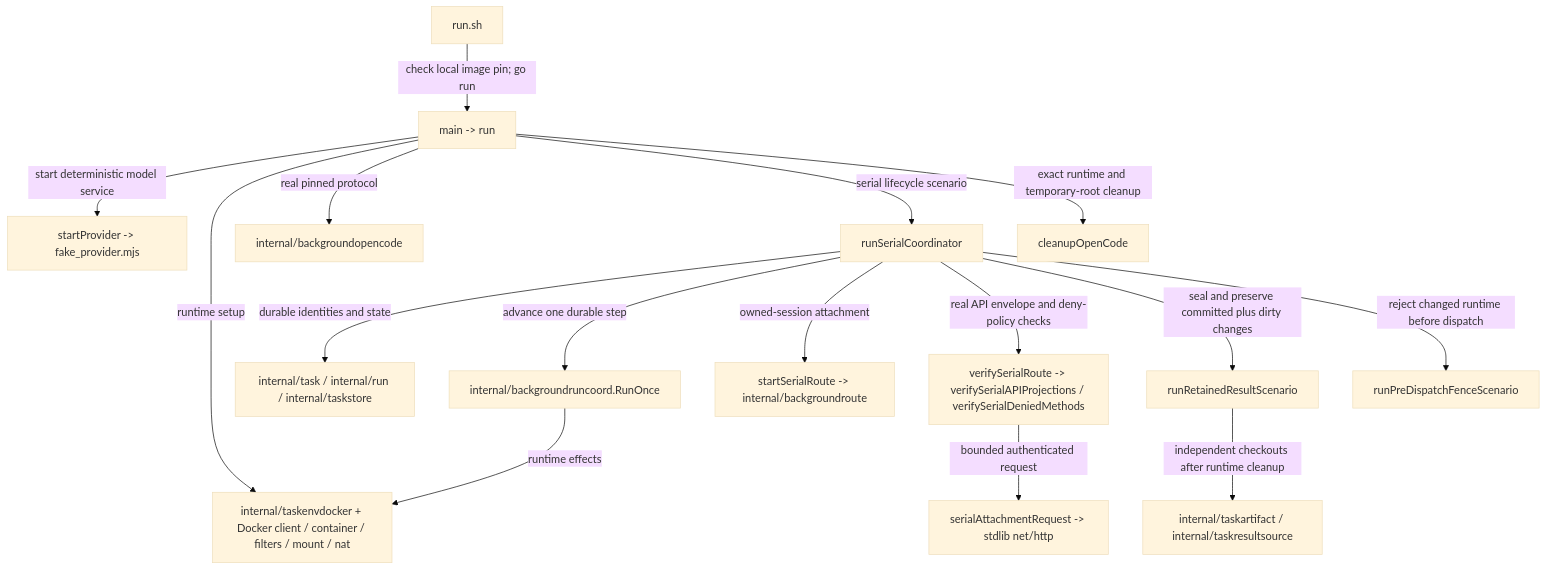
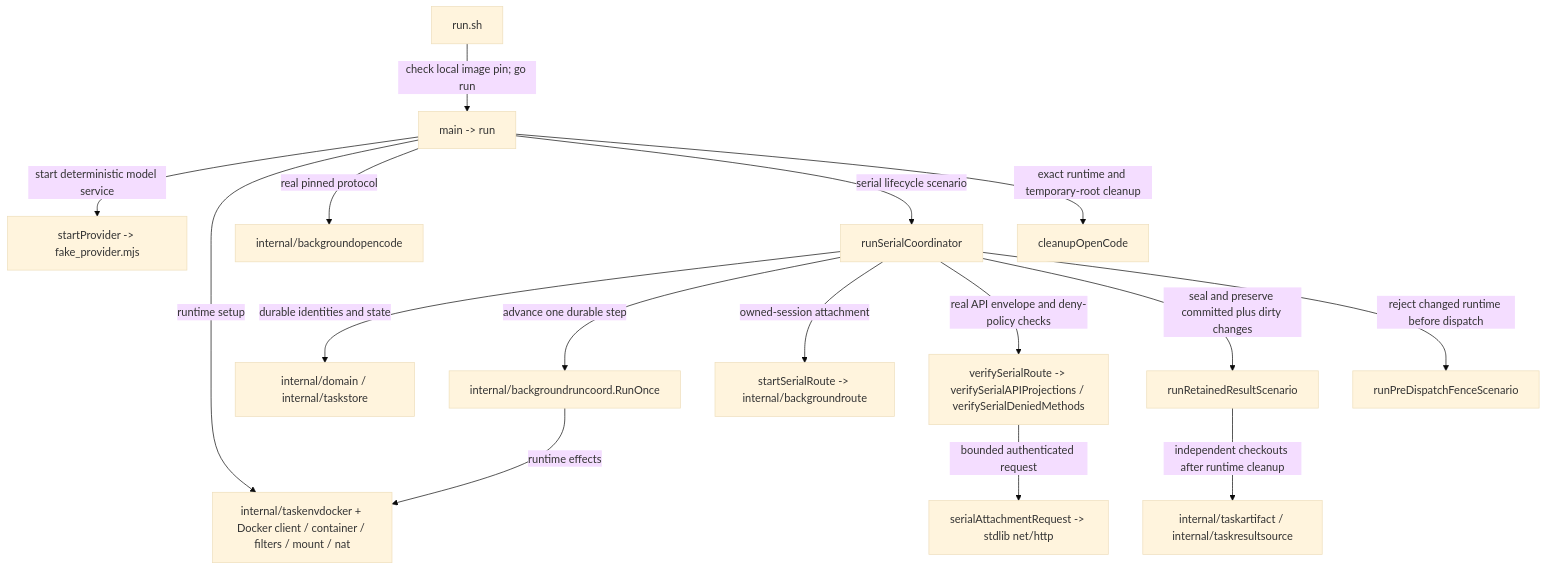
The diagram in integration/background-run-opencode/README.md (nebler/fern), drawn with Mermaid (base theme) before and after one commit. The commit also changed 75 other files, not shown here.

First line of the commit message:
refactor: merge task, run, and gitref into internal/domain

````diff
--- a/integration/background-run-opencode/README.md
+++ b/integration/background-run-opencode/README.md
@@ -13,18 +13,18 @@
 ```mermaid
 flowchart TD
   shell["run.sh"] -->|"check local image pin; go run"| main["main -> run"]
   main -->|"start deterministic model service"| start["startProvider -> fake_provider.mjs"]
   main -->|"runtime setup"| provider["internal/taskenvdocker + Docker client / container / filters / mount / nat"]
   main -->|"real pinned protocol"| protocol["internal/backgroundopencode"]
   main -->|"serial lifecycle scenario"| serial["runSerialCoordinator"]
-  serial -->|"durable identities and state"| store["internal/task / internal/run / internal/taskstore"]
+  serial -->|"durable identities and state"| store["internal/domain / internal/taskstore"]
   serial -->|"advance one durable step"| coord["internal/backgroundruncoord.RunOnce"]
   coord -->|"runtime effects"| provider
   serial -->|"owned-session attachment"| route["startSerialRoute -> internal/backgroundroute"]
   serial -->|"real API envelope and deny-policy checks"| attach["verifySerialRoute -> verifySerialAPIProjections / verifySerialDeniedMethods"]
   attach -->|"bounded authenticated request"| req["serialAttachmentRequest -> stdlib net/http"]
   serial -->|"seal and preserve committed plus dirty changes"| retain["runRetainedResultScenario"]
   retain -->|"independent checkouts after runtime cleanup"| artifact["internal/taskartifact / internal/taskresultsource"]
   serial -->|"reject changed runtime before dispatch"| fence["runPreDispatchFenceScenario"]
   main -->|"exact runtime and temporary-root cleanup"| cleanup["cleanupOpenCode"]
 ```
````
